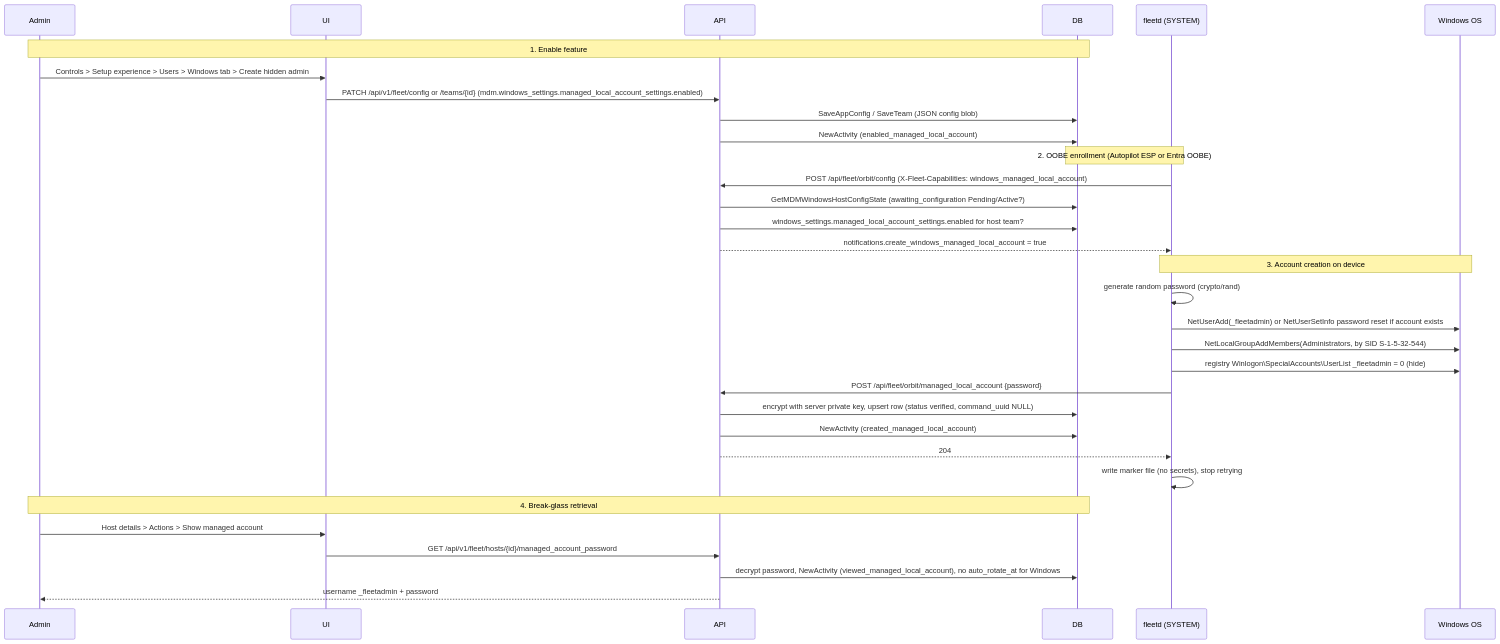
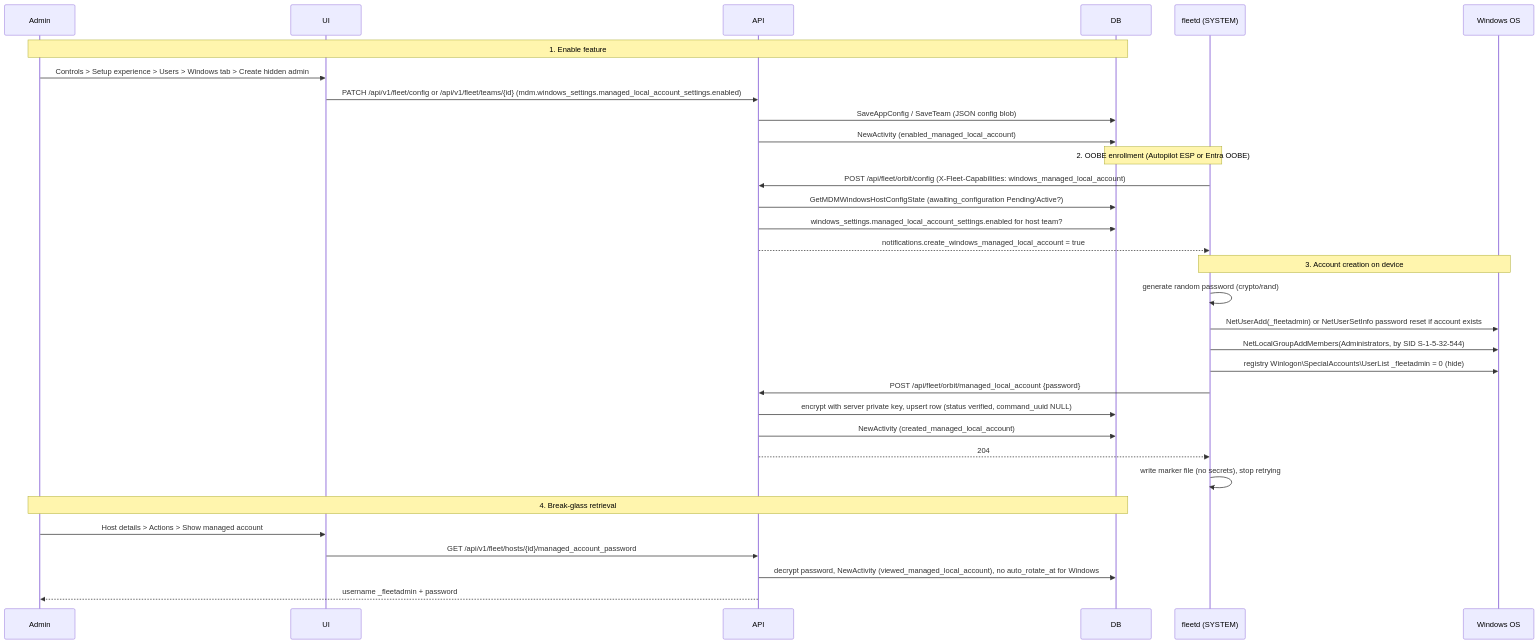
The diagram in openspec/changes/windows-local-admin-account/engineering-spec.md (fleetdm/fleet), drawn with Mermaid before and after one commit. The commit also changed other lines of this file and 4 other files, not shown here.

````diff
--- a/openspec/changes/windows-local-admin-account/engineering-spec.md
+++ b/openspec/changes/windows-local-admin-account/engineering-spec.md
@@ -31,38 +31,38 @@
 ```mermaid
 sequenceDiagram
     participant Admin
     participant UI
     participant API
     participant DB
     participant Orbit as fleetd (SYSTEM)
     participant Win as Windows OS
 
     note over Admin,DB: 1. Enable feature
     Admin->>UI: Controls > Setup experience > Users > Windows tab > Create hidden admin
-    UI->>API: PATCH /api/v1/fleet/config or /teams/{id} (mdm.windows_settings.managed_local_account_settings.enabled)
+    UI->>API: PATCH /api/v1/fleet/config or /api/v1/fleet/teams/{id} (mdm.windows_settings.managed_local_account_settings.enabled)
     API->>DB: SaveAppConfig / SaveTeam (JSON config blob)
     API->>DB: NewActivity (enabled_managed_local_account)
 
     note over Orbit,DB: 2. OOBE enrollment (Autopilot ESP or Entra OOBE)
     Orbit->>API: POST /api/fleet/orbit/config (X-Fleet-Capabilities: windows_managed_local_account)
     API->>DB: GetMDMWindowsHostConfigState (awaiting_configuration Pending/Active?)
     API->>DB: windows_settings.managed_local_account_settings.enabled for host team?
     API-->>Orbit: notifications.create_windows_managed_local_account = true
 
     note over Orbit,Win: 3. Account creation on device
     Orbit->>Orbit: generate random password (crypto/rand)
     Orbit->>Win: NetUserAdd(_fleetadmin) or NetUserSetInfo password reset if account exists
     Orbit->>Win: NetLocalGroupAddMembers(Administrators, by SID S-1-5-32-544)
     Orbit->>Win: registry Winlogon\SpecialAccounts\UserList _fleetadmin = 0 (hide)
     Orbit->>API: POST /api/fleet/orbit/managed_local_account {password}
     API->>DB: encrypt with server private key, upsert row (status verified, command_uuid NULL)
     API->>DB: NewActivity (created_managed_local_account)
     API-->>Orbit: 204
     Orbit->>Orbit: write marker file (no secrets), stop retrying
 
     note over Admin,DB: 4. Break-glass retrieval
     Admin->>UI: Host details > Actions > Show managed account
     UI->>API: GET /api/v1/fleet/hosts/{id}/managed_account_password
     API->>DB: decrypt password, NewActivity (viewed_managed_local_account), no auto_rotate_at for Windows
     API-->>Admin: username _fleetadmin + password
 ```
````
